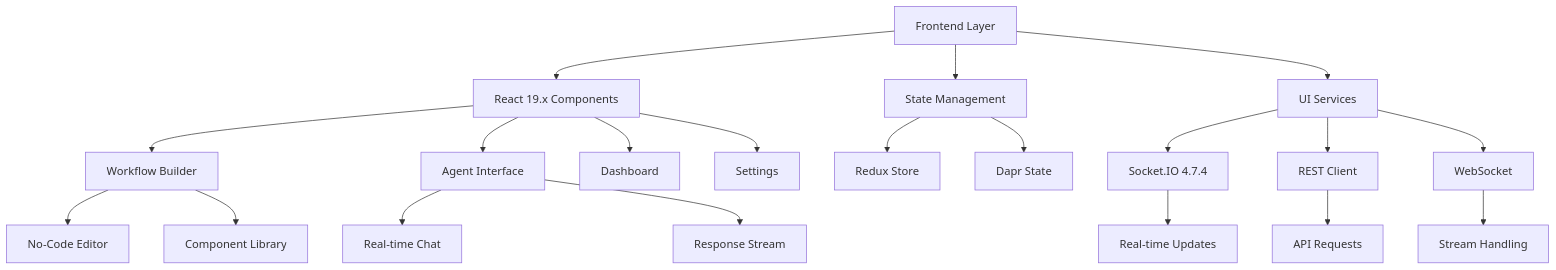
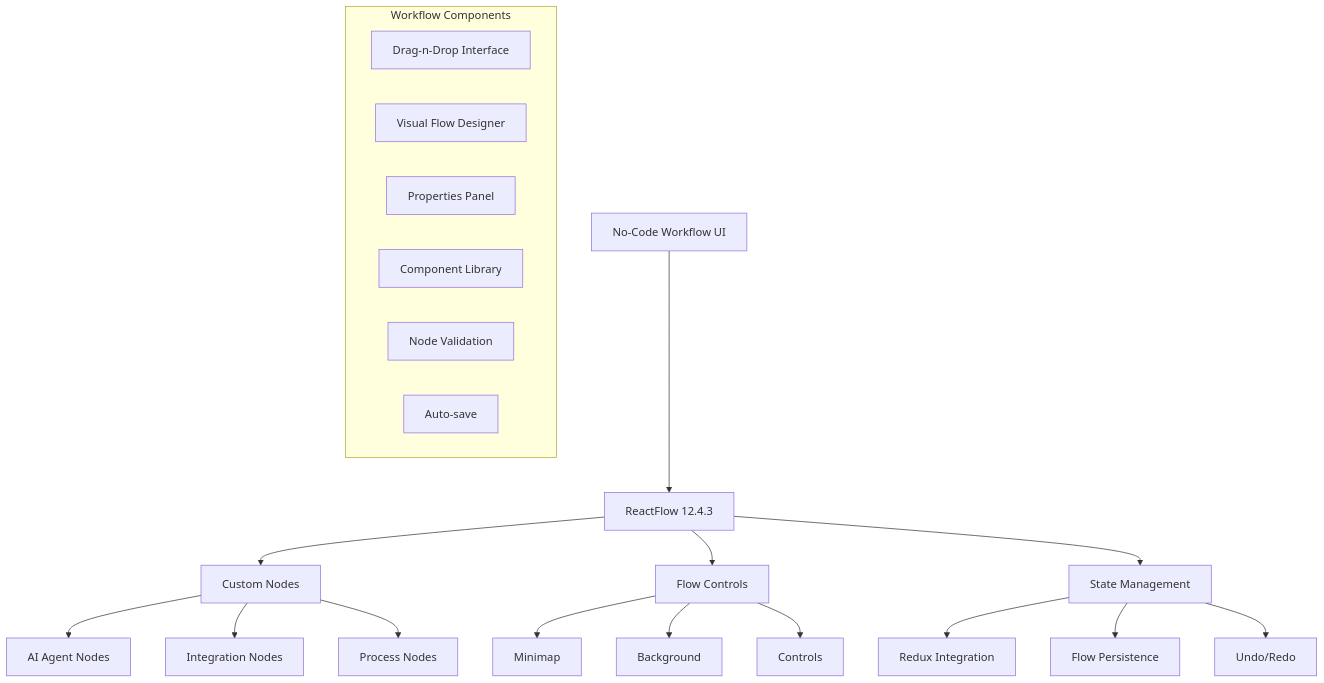
The diagram in README.md (jihadajUAEU/bluemeshv2), drawn with Mermaid before and after one commit. The commit also changed other lines of this file and 1 other file, not shown here.

````diff
--- a/README.md
+++ b/README.md
@@ -93,28 +25,28 @@
 ```mermaid
 graph TD
-    A[Frontend Layer] --> B[React 19.x Components]
-    A --> C[State Management]
-    A --> D[UI Services]
+    A[No-Code Workflow UI] --> B[ReactFlow 12.4.3]
+    B --> C[Custom Nodes]
+    B --> D[Flow Controls]
+    B --> E[State Management]
     
-    B --> E[Workflow Builder]
-    B --> F[Agent Interface]
-    B --> G[Dashboard]
-    B --> H[Settings]
+    C --> F[AI Agent Nodes]
+    C --> G[Integration Nodes]
+    C --> H[Process Nodes]
     
-    C --> I[Redux Store]
-    C --> J[Dapr State]
+    D --> I[Minimap]
+    D --> J[Background]
+    D --> K[Controls]
     
-    D --> K[Socket.IO 4.7.4]
-    D --> L[REST Client]
-    D --> M[WebSocket]
-    
-    E --> N[No-Code Editor]
-    E --> O[Component Library]
-    
-    F --> P[Real-time Chat]
-    F --> Q[Response Stream]
-    
-    K --> R[Real-time Updates]
-    L --> S[API Requests]
-    M --> T[Stream Handling]
+    E --> L[Redux Integration]
+    E --> M[Flow Persistence]
+    E --> N[Undo/Redo]
+
+    subgraph Workflow Components
+        O[Drag-n-Drop Interface]
+        P[Visual Flow Designer]
+        Q[Properties Panel]
+        R[Component Library]
+        S[Node Validation]
+        T[Auto-save]
+    end
 ```
````
